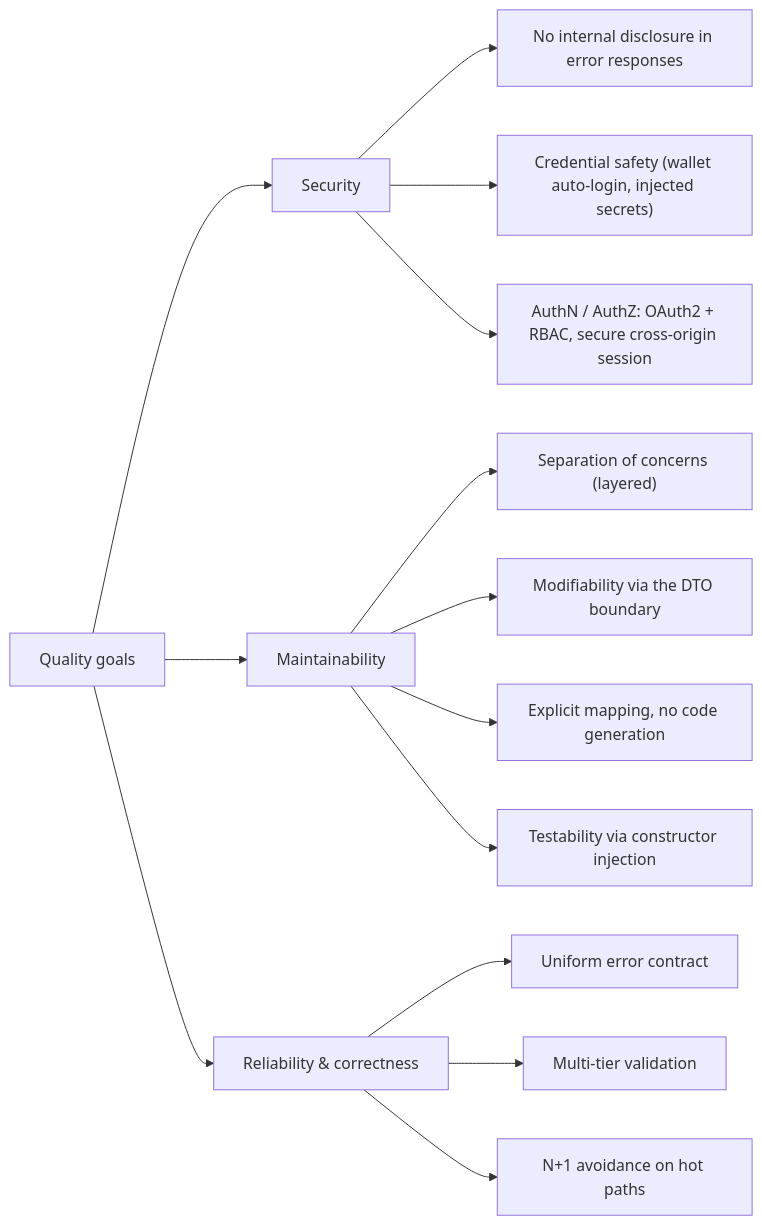
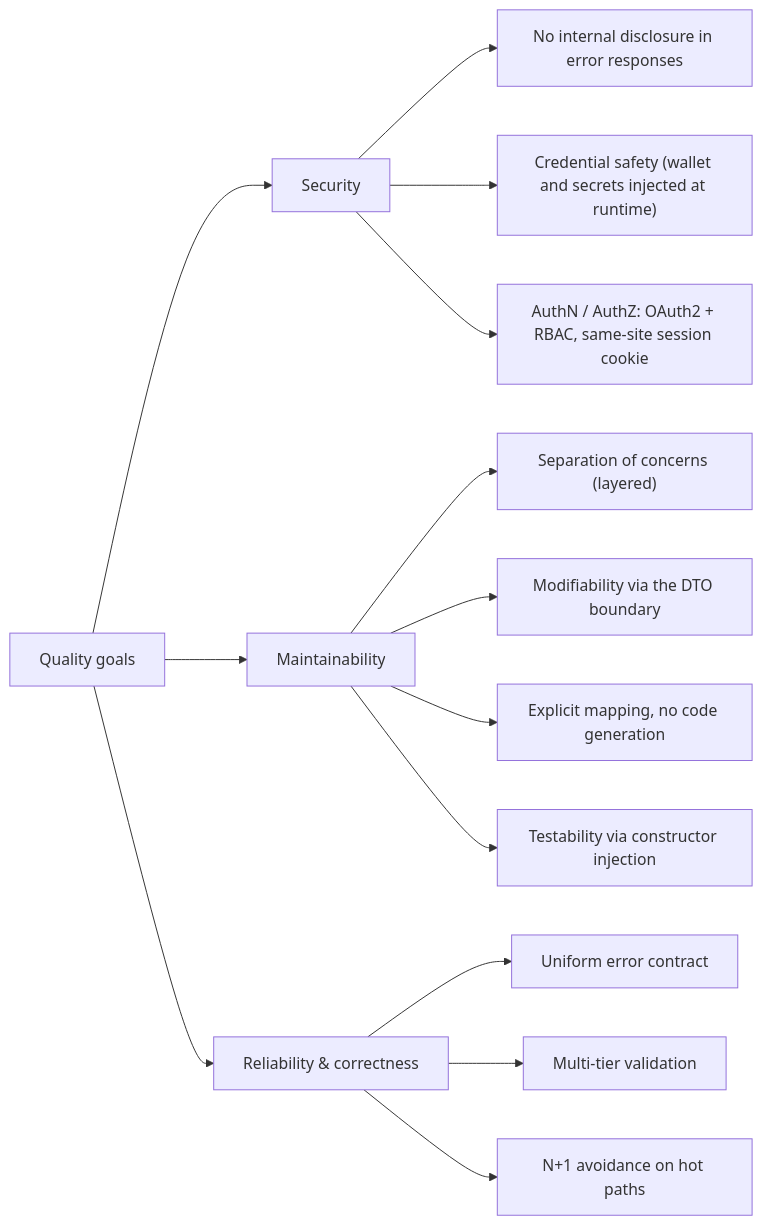
The diagram in docs/backend/architecture/10-quality-requirements.md (Keglev/inventory-service), drawn with Mermaid before and after one commit. The commit also changed other lines of this file and 13 other files, not shown here.

First line of the commit message:
docs(backend): the architecture pages describe the current checkout (#541)

````diff
--- a/docs/backend/architecture/10-quality-requirements.md
+++ b/docs/backend/architecture/10-quality-requirements.md
@@ -16,20 +16,20 @@
 ```mermaid
 graph LR
   Q["Quality goals"]
   Q --> SEC["Security"]
   Q --> MNT["Maintainability"]
   Q --> REL["Reliability & correctness"]
 
   SEC --> SEC1["No internal disclosure in error responses"]
-  SEC --> SEC2["Credential safety (wallet auto-login, injected secrets)"]
-  SEC --> SEC3["AuthN / AuthZ: OAuth2 + RBAC, secure cross-origin session"]
+  SEC --> SEC2["Credential safety (wallet and secrets injected at runtime)"]
+  SEC --> SEC3["AuthN / AuthZ: OAuth2 + RBAC, same-site session cookie"]
 
   MNT --> MNT1["Separation of concerns (layered)"]
   MNT --> MNT2["Modifiability via the DTO boundary"]
   MNT --> MNT3["Explicit mapping, no code generation"]
   MNT --> MNT4["Testability via constructor injection"]
 
   REL --> REL1["Uniform error contract"]
   REL --> REL2["Multi-tier validation"]
   REL --> REL3["N+1 avoidance on hot paths"]
 ```
````
